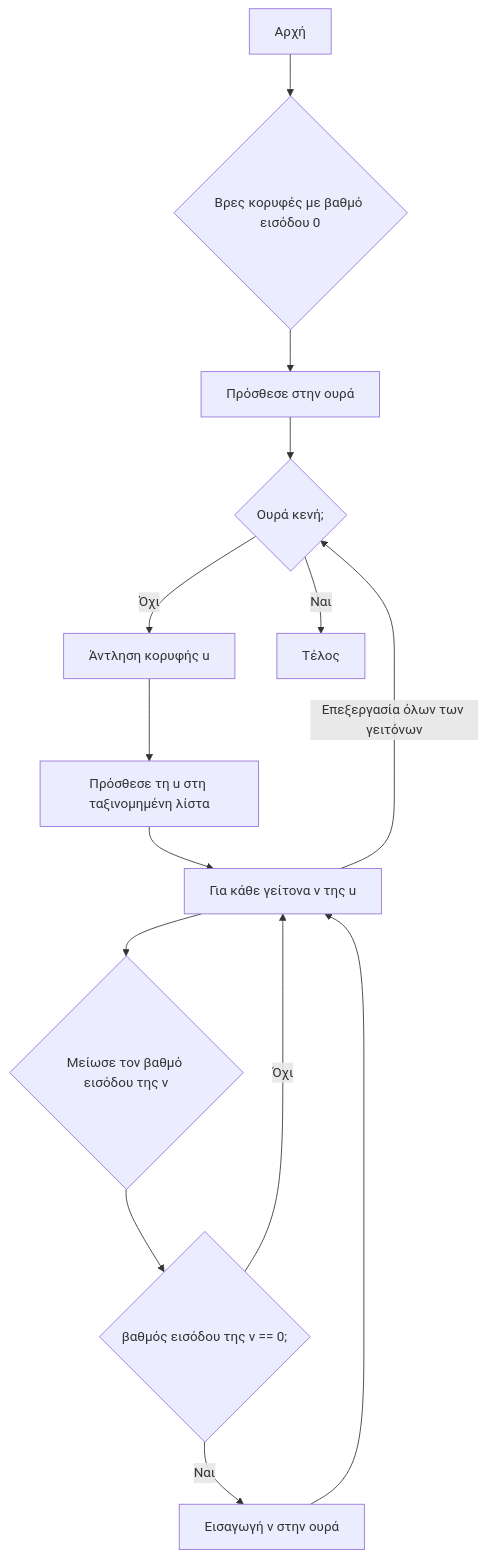
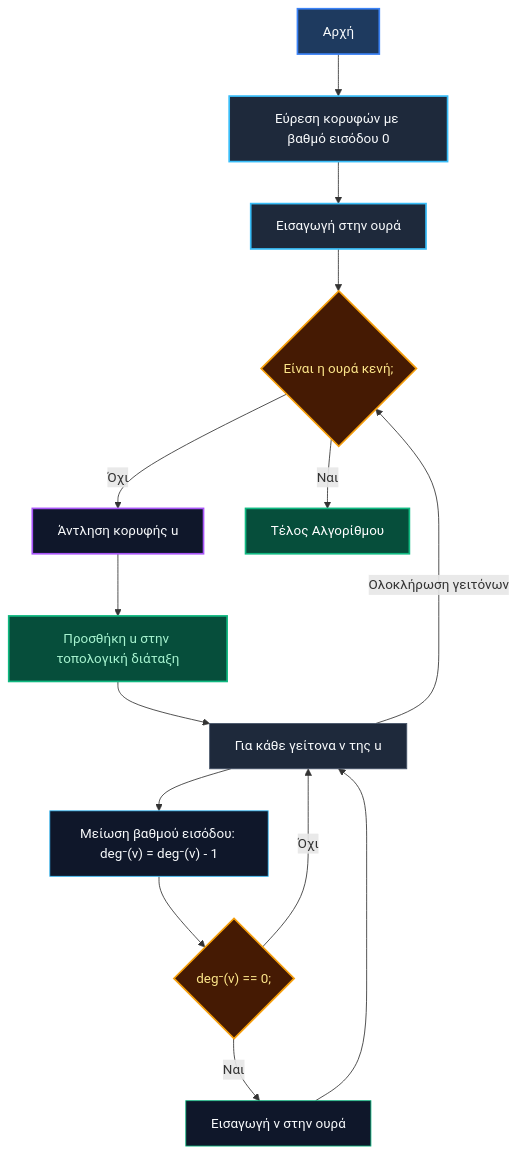
One commit to PanagopoulosNikolaos/DitOpenNotes changed the seventh of 7 diagrams in Year_1/Semester_2/DISCRETE_MATHEMATICS/Resources/Notes/06_graph_theory.md. Above: the diagram before and after it, drawn with Mermaid. The commit also changed other lines of this file and 6 other files, not shown here.

````diff
--- a/Year_1/Semester_2/DISCRETE_MATHEMATICS/Resources/Notes/06_graph_theory.md
+++ b/Year_1/Semester_2/DISCRETE_MATHEMATICS/Resources/Notes/06_graph_theory.md
@@ -177,16 +228,28 @@
 ```mermaid
 graph TD
-    A[Αρχή] --> B{Βρες κορυφές με βαθμό εισόδου 0};
-    B --> C[Πρόσθεσε στην ουρά];
-    C --> D{Ουρά κενή;};
-    D -- Όχι --> E[Άντληση κορυφής u];
-    E --> F[Πρόσθεσε τη u στη ταξινομημένη λίστα];
-    F --> G[Για κάθε γείτονα v της u];
-    G --> H{Μείωσε τον βαθμό εισόδου της v};
-    H --> I{βαθμός εισόδου της v == 0;};
-    I -- Ναι --> J[Εισαγωγή v στην ουρά];
-    J --> G;
-    I -- Όχι --> G;
-    G -- Επεξεργασία όλων των γειτόνων --> D;
-    D -- Ναι --> K[Τέλος];
+    A["Αρχή"] --> B["Εύρεση κορυφών με βαθμό εισόδου 0"]
+    B --> C["Εισαγωγή στην ουρά"]
+    C --> D{"Είναι η ουρά κενή;"}
+    D -->|Όχι| E["Άντληση κορυφής u"]
+    E --> F["Προσθήκη u στην τοπολογική διάταξη"]
+    F --> G["Για κάθε γείτονα v της u"]
+    G --> H["Μείωση βαθμού εισόδου: deg⁻(v) = deg⁻(v) - 1"]
+    H --> I{"deg⁻(v) == 0;"}
+    I -->|Ναι| J["Εισαγωγή v στην ουρά"]
+    J --> G
+    I -->|Όχι| G
+    G -->|"Ολοκλήρωση γειτόνων"| D
+    D -->|Ναι| K["Τέλος Αλγορίθμου"]
+
+    style A fill:#1e3a5f,stroke:#3b82f6,stroke-width:2px,color:#f8fafc
+    style B fill:#1e293b,stroke:#38bdf8,stroke-width:2px,color:#f8fafc
+    style C fill:#1e293b,stroke:#38bdf8,stroke-width:2px,color:#f8fafc
+    style D fill:#451a03,stroke:#f59e0b,stroke-width:2px,color:#fde68a
+    style E fill:#0f172a,stroke:#a855f7,stroke-width:2px,color:#f8fafc
+    style F fill:#064e3b,stroke:#10b981,stroke-width:2px,color:#a7f3d0
+    style G fill:#1e293b,stroke:#475569,stroke-width:1px,color:#f8fafc
+    style H fill:#0f172a,stroke:#38bdf8,color:#f8fafc
+    style I fill:#451a03,stroke:#f59e0b,stroke-width:2px,color:#fde68a
+    style J fill:#0f172a,stroke:#10b981,color:#f8fafc
+    style K fill:#064e3b,stroke:#10b981,stroke-width:2px,color:#ffffff
 ```
````
